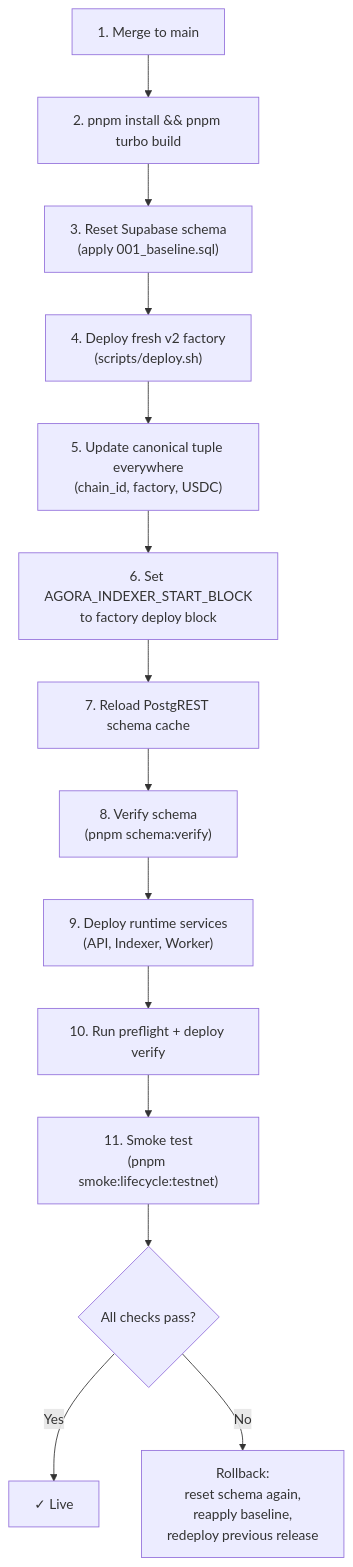
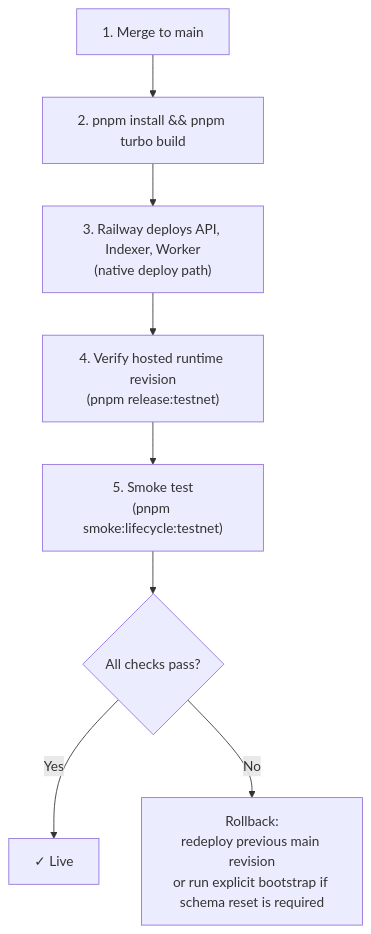
One commit to andymolecule/Hermes changed the diagram in docs/deployment.md. Above: the diagram before and after it, drawn with Mermaid. The commit also changed other lines of this file and 29 other files, not shown here.

Commit message:
Simplify runtime release flow

````diff
--- a/docs/deployment.md
+++ b/docs/deployment.md
@@ -145,16 +145,10 @@
 ```mermaid
 flowchart TB
     A["1. Merge to main"] --> B["2. pnpm install && pnpm turbo build"]
-    B --> C["3. Reset Supabase schema<br/>(apply 001_baseline.sql)"]
-    C --> D["4. Deploy fresh v2 factory<br/>(scripts/deploy.sh)"]
-    D --> E["5. Update canonical tuple everywhere<br/>(chain_id, factory, USDC)"]
-    E --> F["6. Set AGORA_INDEXER_START_BLOCK<br/>to factory deploy block"]
-    F --> G["7. Reload PostgREST schema cache"]
-    G --> H["8. Verify schema<br/>(pnpm schema:verify)"]
-    H --> I["9. Deploy runtime services<br/>(API, Indexer, Worker)"]
-    I --> J["10. Run preflight + deploy verify"]
-    J --> K["11. Smoke test<br/>(pnpm smoke:lifecycle:testnet)"]
-    K --> L{"All checks pass?"}
-    L -->|Yes| M["✓ Live"]
-    L -->|No| N["Rollback:<br/>reset schema again,<br/>reapply baseline,<br/>redeploy previous release"]
+    B --> C["3. Railway deploys API, Indexer, Worker<br/>(native deploy path)"]
+    C --> D["4. Verify hosted runtime revision<br/>(pnpm release:testnet)"]
+    D --> E["5. Smoke test<br/>(pnpm smoke:lifecycle:testnet)"]
+    E --> F{"All checks pass?"}
+    F -->|Yes| G["✓ Live"]
+    F -->|No| H["Rollback:<br/>redeploy previous main revision<br/>or run explicit bootstrap if schema reset is required"]
 ```
````
